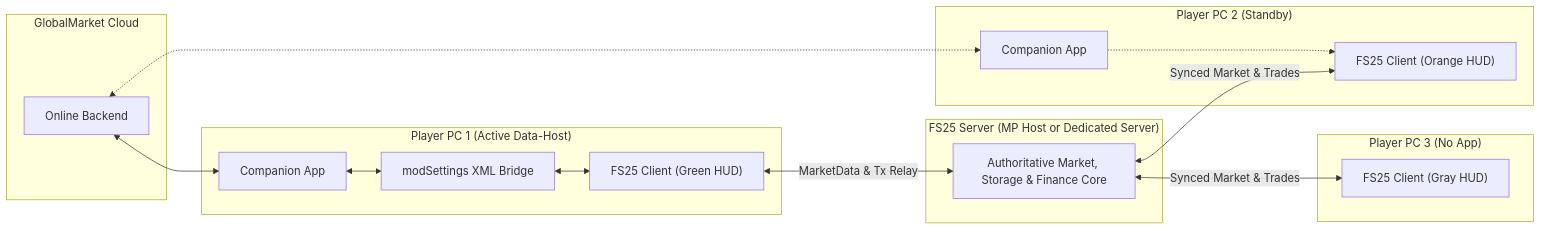
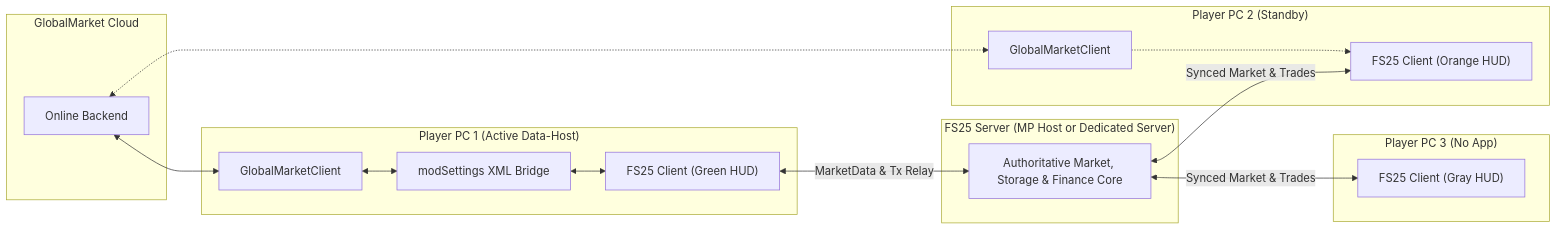
The diagram in README.md (D-S-Agrarservice/FS25_GlobalMarket), drawn with Mermaid before and after one commit. The commit also changed other lines of this file and 14 other files, not shown here.

````diff
--- a/README.md
+++ b/README.md
@@ -64,33 +69,33 @@
 ```mermaid
 flowchart LR
     subgraph Cloud["GlobalMarket Cloud"]
         BE["Online Backend"]
     end
 
     subgraph Client1["Player PC 1 (Active Data-Host)"]
-        EXE1["Companion App"]
+        EXE1["GlobalMarketClient"]
         XML1["modSettings XML Bridge"]
         MPC1["FS25 Client (Green HUD)"]
         EXE1 <--> XML1 <--> MPC1
     end
 
     subgraph Server["FS25 Server (MP Host or Dedicated Server)"]
         SRV["Authoritative Market, Storage & Finance Core"]
     end
 
     subgraph Client2["Player PC 2 (Standby)"]
-        EXE2["Companion App"]
+        EXE2["GlobalMarketClient"]
         MPC2["FS25 Client (Orange HUD)"]
         EXE2 -.-> MPC2
     end
 
     subgraph Client3["Player PC 3 (No App)"]
         MPC3["FS25 Client (Gray HUD)"]
     end
 
     BE <--> EXE1
     BE <-.-> EXE2
     MPC1 <-->|"MarketData & Tx Relay"| SRV
     SRV <-->|"Synced Market & Trades"| MPC2
     SRV <-->|"Synced Market & Trades"| MPC3
 ```
````
